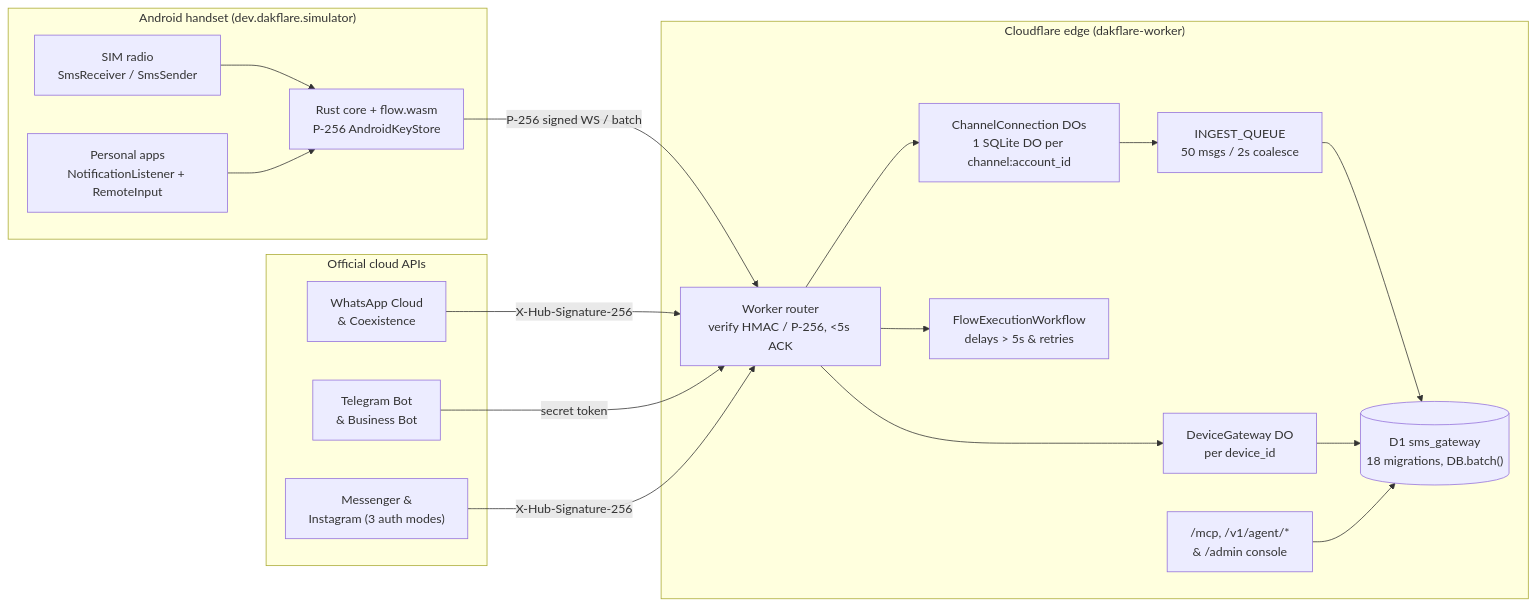
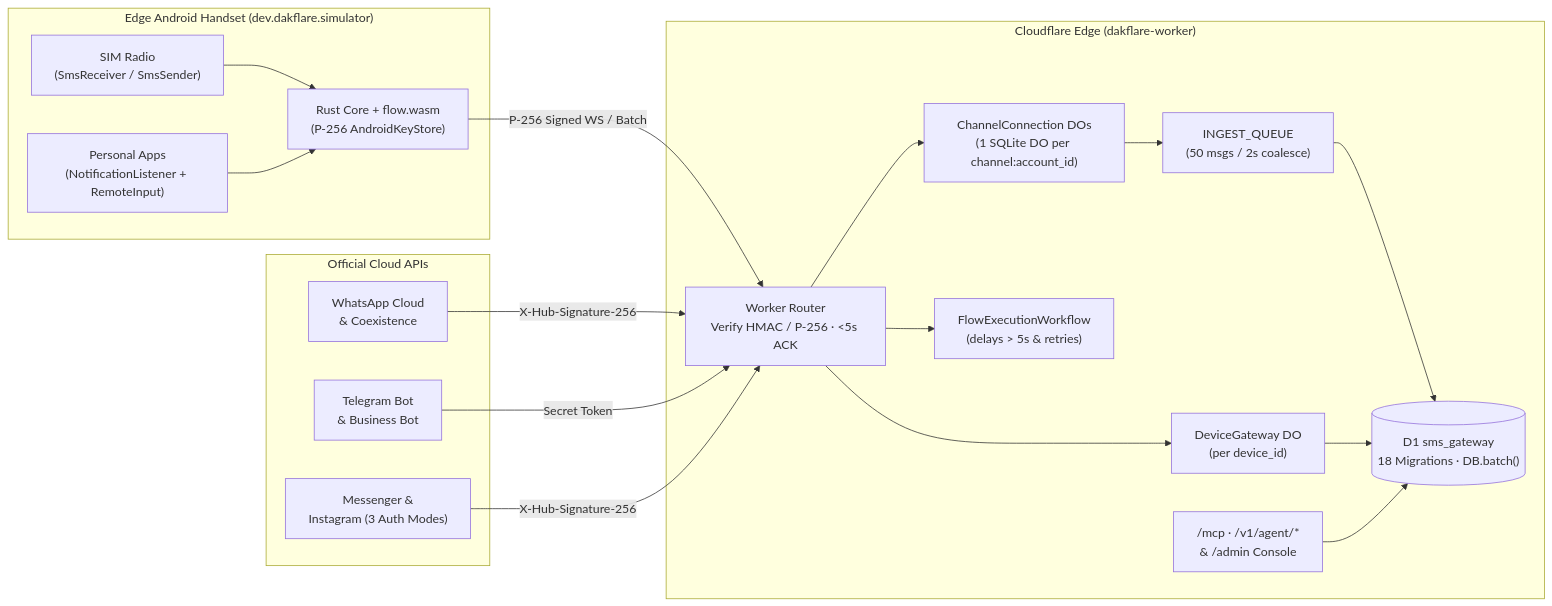
Before and after one commit to JonyBepary/dakflare: the diagram in README.md, drawn with Mermaid. The commit also changed other lines of this file and 1 other file, not shown here.

````diff
--- a/README.md
+++ b/README.md
@@ -61,34 +59,38 @@
 ```mermaid
 flowchart LR
-  subgraph Edge["Android handset (dev.dakflare.simulator)"]
-    SIM["SIM radio\nSmsReceiver / SmsSender"]
-    NOTIF["Personal apps\nNotificationListener + RemoteInput"]
-    CORE["Rust core + flow.wasm\nP-256 AndroidKeyStore"]
+  subgraph Edge["Edge Android Handset (dev.dakflare.simulator)"]
+    SIM["SIM Radio\n(SmsReceiver / SmsSender)"]
+    NOTIF["Personal Apps\n(NotificationListener + RemoteInput)"]
+    CORE["Rust Core + flow.wasm\n(P-256 AndroidKeyStore)"]
     SIM --> CORE
     NOTIF --> CORE
   end
-  subgraph Official["Official cloud APIs"]
+
+  subgraph Official["Official Cloud APIs"]
     WA["WhatsApp Cloud\n& Coexistence"]
     TG["Telegram Bot\n& Business Bot"]
-    META["Messenger &\nInstagram (3 auth modes)"]
+    META["Messenger &\nInstagram (3 Auth Modes)"]
   end
-  subgraph CF["Cloudflare edge (dakflare-worker)"]
-    ROUTER["Worker router\nverify HMAC / P-256, <5s ACK"]
-    DEVDO["DeviceGateway DO\nper device_id"]
-    CONNDO["ChannelConnection DOs\n1 SQLite DO per channel:account_id"]
-    QUEUE["INGEST_QUEUE\n50 msgs / 2s coalesce"]
-    D1[("D1 sms_gateway\n18 migrations, DB.batch()")]
-    WF["FlowExecutionWorkflow\ndelays > 5s & retries"]
-    MCP["/mcp, /v1/agent/*\n& /admin console"]
+
+  subgraph CF["Cloudflare Edge (dakflare-worker)"]
+    ROUTER["Worker Router\nVerify HMAC / P-256 · <5s ACK"]
+    DEVDO["DeviceGateway DO\n(per device_id)"]
+    CONNDO["ChannelConnection DOs\n(1 SQLite DO per channel:account_id)"]
+    QUEUE["INGEST_QUEUE\n(50 msgs / 2s coalesce)"]
+    D1[("D1 sms_gateway\n18 Migrations · DB.batch()")]
+    WF["FlowExecutionWorkflow\n(delays > 5s & retries)"]
+    MCP["/mcp · /v1/agent/*\n& /admin Console"]
+
     ROUTER --> DEVDO
     ROUTER --> CONNDO
     CONNDO --> QUEUE --> D1
     DEVDO --> D1
     ROUTER --> WF
     MCP --> D1
   end
-  CORE -- "P-256 signed WS / batch" --> ROUTER
+
+  CORE -- "P-256 Signed WS / Batch" --> ROUTER
   WA -- "X-Hub-Signature-256" --> ROUTER
-  TG -- "secret token" --> ROUTER
+  TG -- "Secret Token" --> ROUTER
   META -- "X-Hub-Signature-256" --> ROUTER
 ```
````
